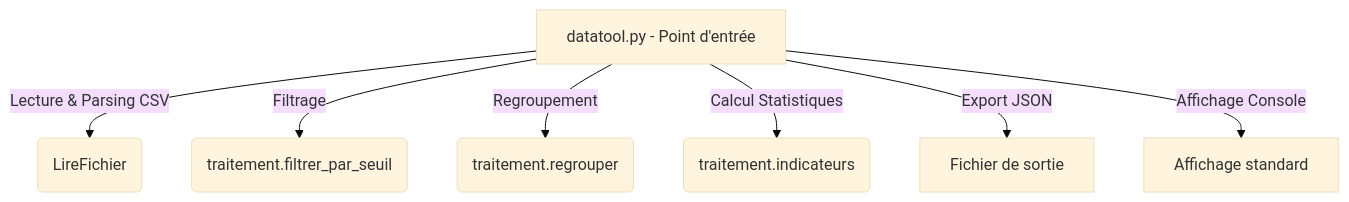
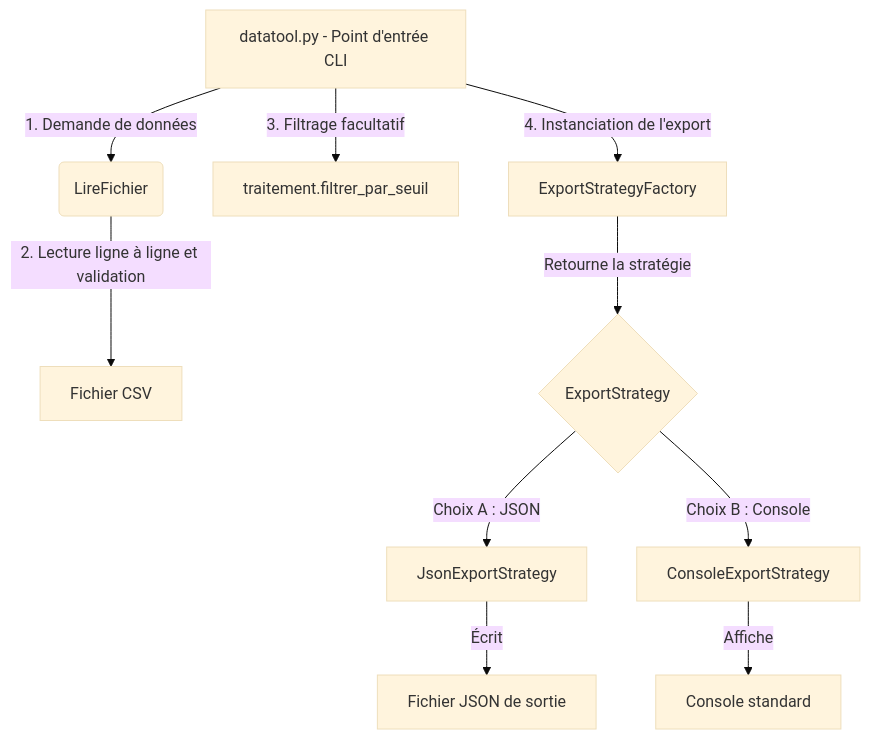
Before and after one commit to Fredian123/certif_fredian: the diagram in README.md, drawn with Mermaid (base theme). The commit also changed other lines of this file and 5 other files, not shown here.

````diff
--- a/README.md
+++ b/README.md
@@ -39,9 +37,12 @@
 ```mermaid
 graph TD
-    A[datatool.py - Point d'entrée] -->|Lecture & Parsing CSV| B(LireFichier)
-    A -->|Filtrage| C(traitement.filtrer_par_seuil)
-    A -->|Regroupement| D(traitement.regrouper)
-    A -->|Calcul Statistiques| E(traitement.indicateurs)
-    A -->|Export JSON| F[Fichier de sortie]
-    A -->|Affichage Console| G[Affichage standard]
+    A[datatool.py - Point d'entrée CLI] -->|1. Demande de données| B(LireFichier)
+    B -->|2. Lecture ligne à ligne et validation| C[Fichier CSV]
+    A -->|3. Filtrage facultatif| D[traitement.filtrer_par_seuil]
+    A -->|4. Instanciation de l'export| E[ExportStrategyFactory]
+    E -->|Retourne la stratégie| F{ExportStrategy}
+    F -->|Choix A : JSON| G[JsonExportStrategy]
+    F -->|Choix B : Console| H[ConsoleExportStrategy]
+    G -->|Écrit| I[Fichier JSON de sortie]
+    H -->|Affiche| J[Console standard]
 ```
````
